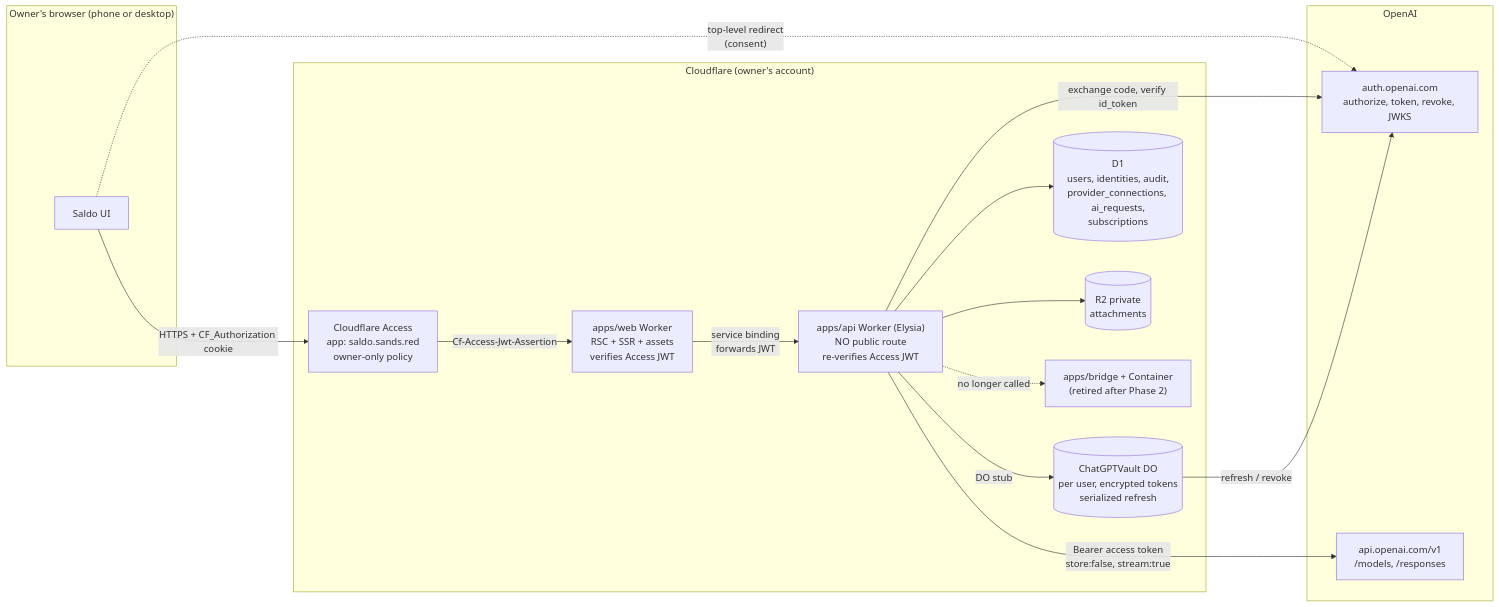
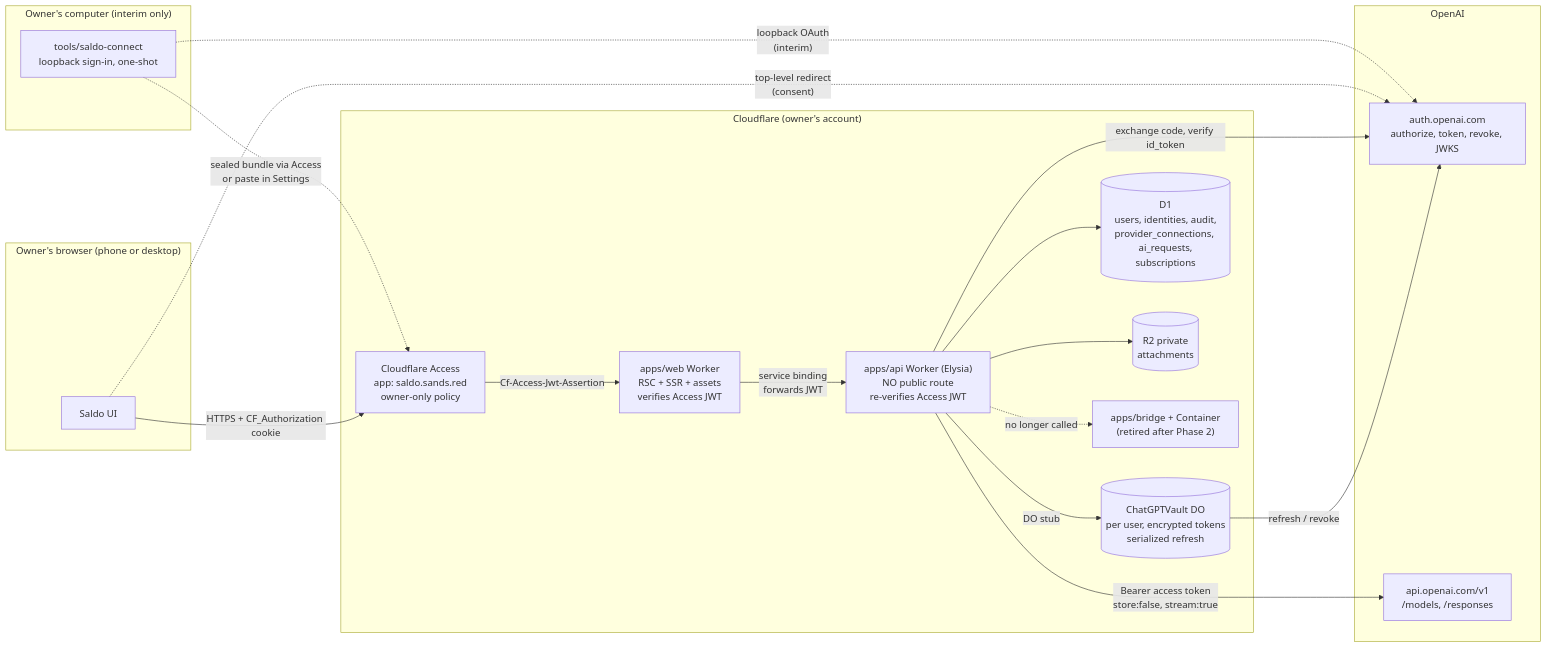
The first of 6 diagrams in docs/plans/chatgpt-connect-and-login.md (Reidond/saldo), drawn with Mermaid before and after one commit. The commit also changed other lines of this file and 1 other file, not shown here.

First line of the commit message:
Make paired local connect the interim ChatGPT path

````diff
--- a/docs/plans/chatgpt-connect-and-login.md
+++ b/docs/plans/chatgpt-connect-and-login.md
@@ -193,30 +206,35 @@
 ```mermaid
 flowchart LR
   subgraph Browser["Owner's browser (phone or desktop)"]
     UI["Saldo UI"]
   end
   subgraph CF["Cloudflare (owner's account)"]
     ACC["Cloudflare Access<br/>app: saldo.sands.red<br/>owner-only policy"]
     WEB["apps/web Worker<br/>RSC + SSR + assets<br/>verifies Access JWT"]
     API["apps/api Worker (Elysia)<br/>NO public route<br/>re-verifies Access JWT"]
     VAULT[("ChatGPTVault DO<br/>per user, encrypted tokens<br/>serialized refresh")]
     D1[("D1<br/>users, identities, audit,<br/>provider_connections, ai_requests,<br/>subscriptions")]
     R2[("R2 private<br/>attachments")]
     BR["apps/bridge + Container<br/>(retired after Phase 2)"]
+  end
+  subgraph PC["Owner's computer (interim only)"]
+    HELPER["tools/saldo-connect<br/>loopback sign-in, one-shot"]
   end
   subgraph OAI["OpenAI"]
     AUTH["auth.openai.com<br/>authorize, token, revoke, JWKS"]
     RESP["api.openai.com/v1<br/>/models, /responses"]
   end
   UI -- "HTTPS + CF_Authorization cookie" --> ACC
   ACC -- "Cf-Access-Jwt-Assertion" --> WEB
   WEB -- "service binding<br/>forwards JWT" --> API
   API --> D1
   API --> R2
   API -- "DO stub" --> VAULT
   VAULT -- "refresh / revoke" --> AUTH
   API -- "exchange code, verify id_token" --> AUTH
   API -- "Bearer access token<br/>store:false, stream:true" --> RESP
   UI -. "top-level redirect<br/>(consent)" .-> AUTH
   API -. "no longer called" .-> BR
+  HELPER -. "loopback OAuth<br/>(interim)" .-> AUTH
+  HELPER -. "sealed bundle via Access<br/>or paste in Settings" .-> ACC
 ```
````
